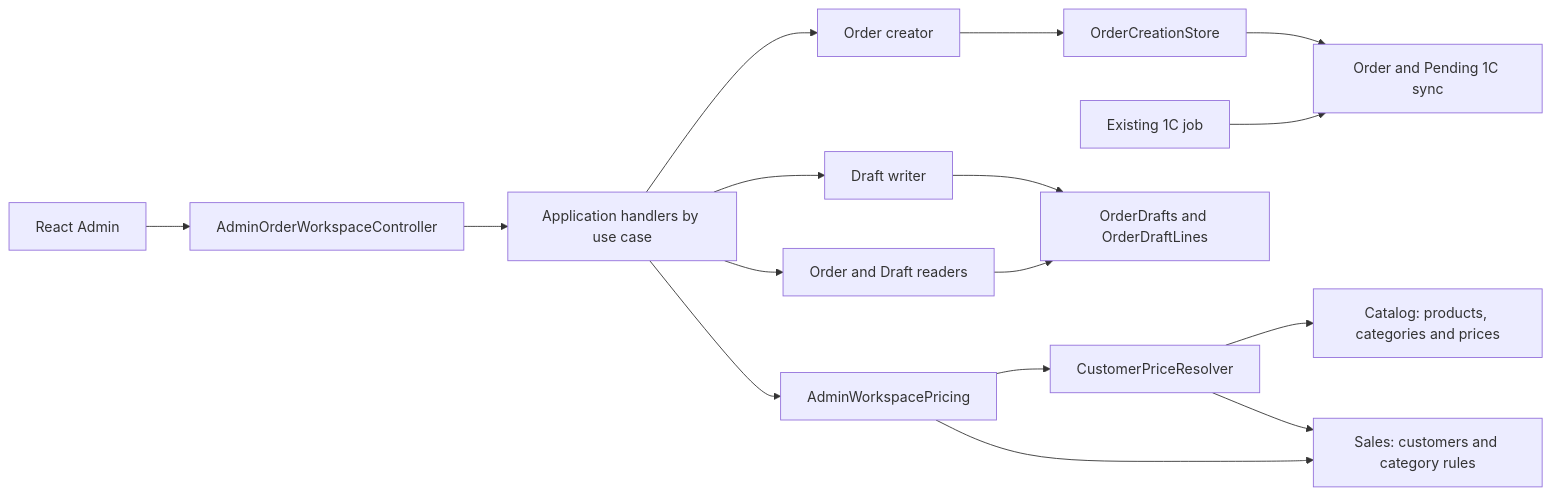
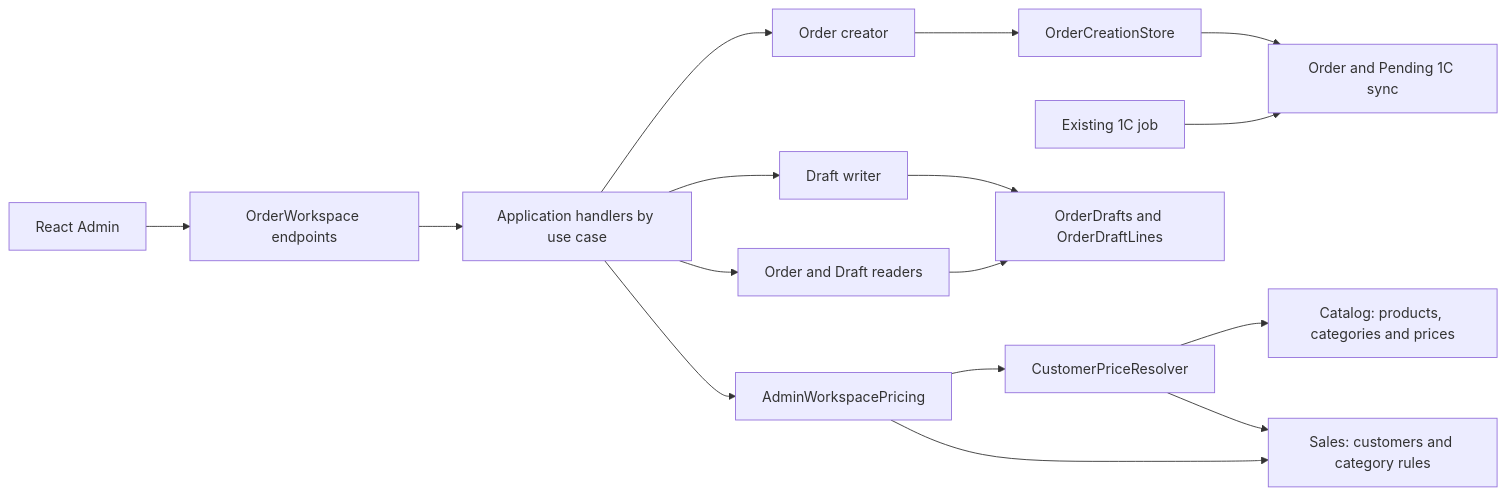
The diagram in docs/sdd/features/sales/admin-order-workspace.md (Weretik/KedrStore), drawn with Mermaid before and after one commit. The commit also changed other lines of this file and 81 other files, not shown here.

````diff
--- a/docs/sdd/features/sales/admin-order-workspace.md
+++ b/docs/sdd/features/sales/admin-order-workspace.md
@@ -13,18 +13,18 @@
 ```mermaid
 flowchart LR
-    Admin[React Admin] --> Controller[AdminOrderWorkspaceController]
-    Controller --> Handlers[Application handlers by use case]
+    Admin[React Admin] --> Endpoints[OrderWorkspace endpoints]
+    Endpoints --> Handlers[Application handlers by use case]
     Handlers --> Readers[Order and Draft readers]
     Handlers --> Creator[Order creator]
     Handlers --> DraftWriter[Draft writer]
     Handlers --> Pricing[AdminWorkspacePricing]
     Pricing --> Resolver[CustomerPriceResolver]
     Resolver --> Catalog[Catalog: products, categories and prices]
     Resolver --> Customers
     Pricing --> Customers[Sales: customers and category rules]
     Creator --> Orders[OrderCreationStore]
     Orders --> Order[Order and Pending 1C sync]
     DraftWriter --> DraftTables[OrderDrafts and OrderDraftLines]
     Readers --> DraftTables
     Sync[Existing 1C job] --> Order
 ```
````
